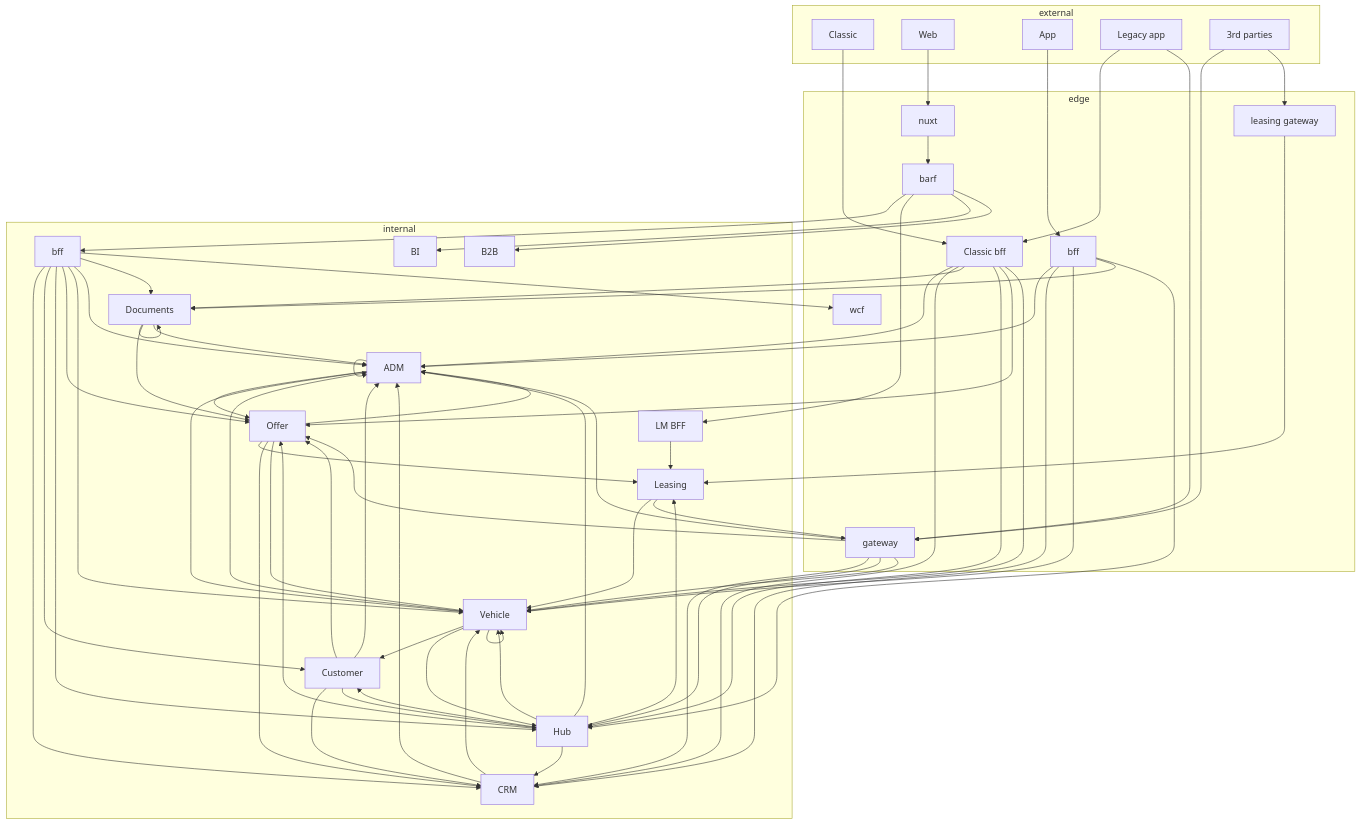
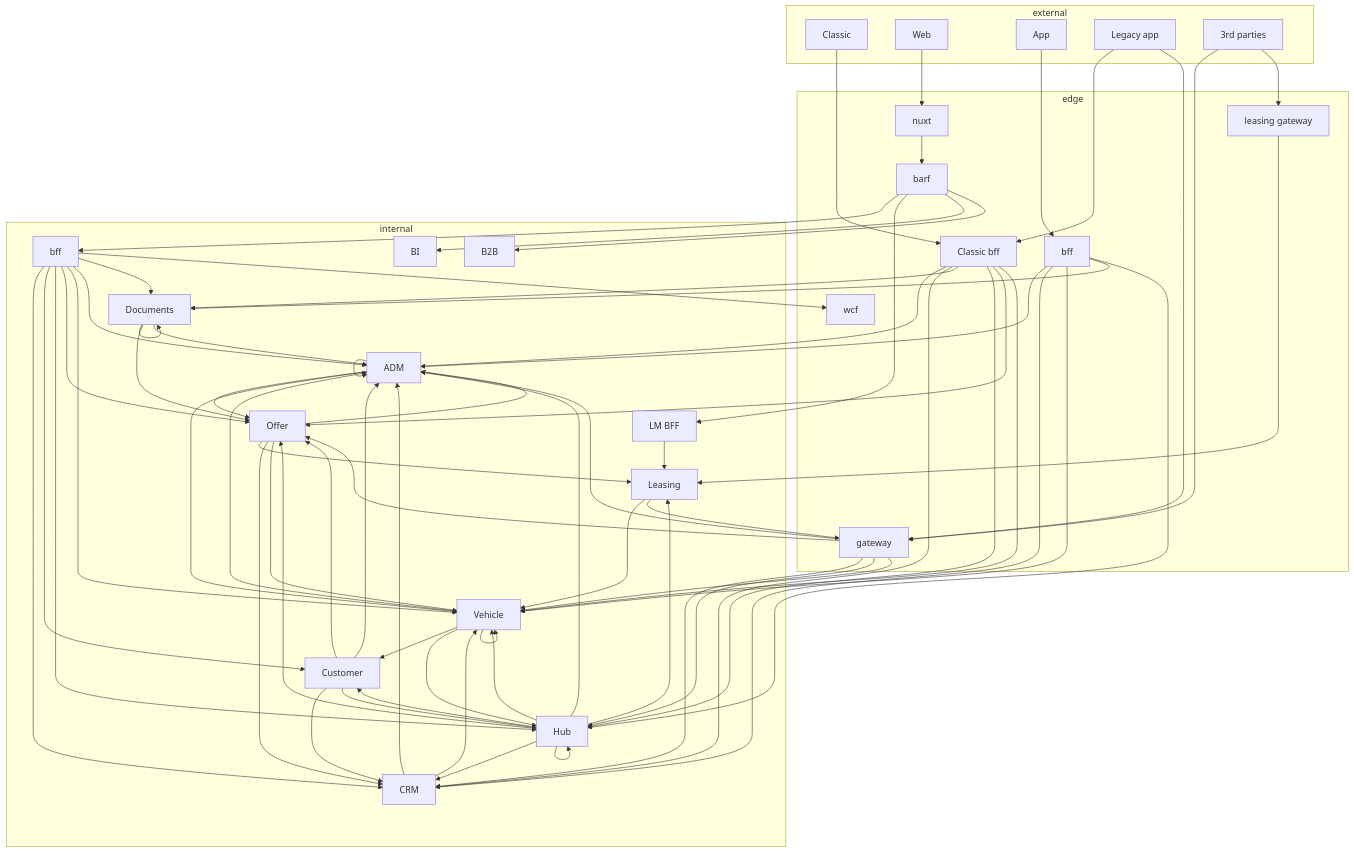
Before and after one commit to aff-autoit/aff-autoit.github.io: the second of 3 diagrams in slides/architecture/platform.md, drawn with Mermaid. The commit also changed other lines of this file and 5 other files, not shown here.

```diff
--- a/slides/architecture/platform.md
+++ b/slides/architecture/platform.md
@@ -153,6 +154,7 @@
   hub-->leasing
   hub-->crm
   hub-->cus
+  hub-->hub
 
   offer-->leasing
   offer-->adm
```
